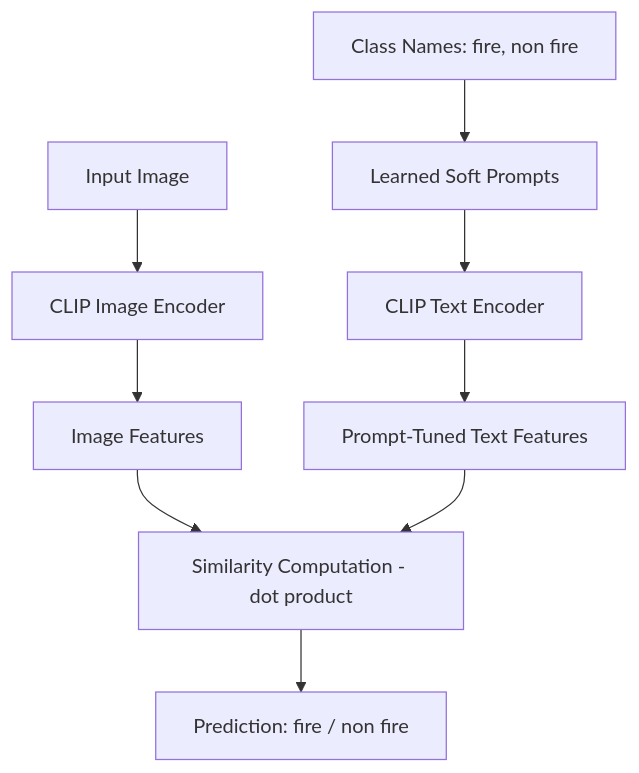
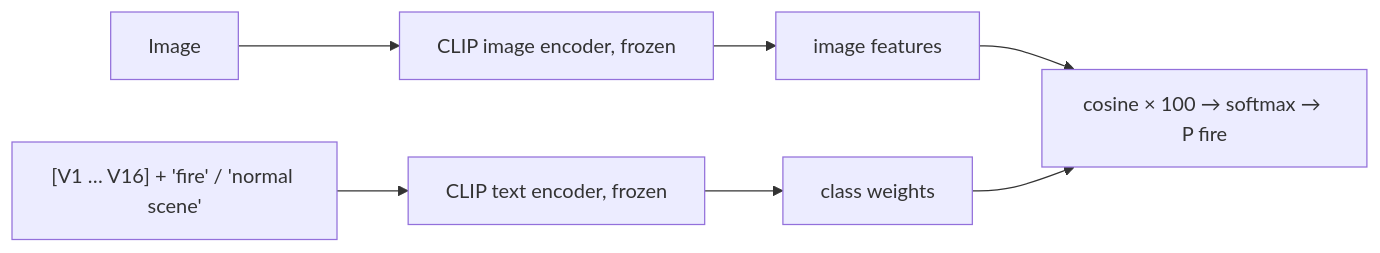
Before and after one commit to KamilChakroun/CLIP-Prompt-Tuning: the diagram in README.md, drawn with Mermaid. The commit also changed other lines of this file and 5 other files, not shown here.

````diff
--- a/README.md
+++ b/README.md
@@ -100,11 +7,7 @@
 ```mermaid
-flowchart TD
-    A[Input Image] --> B[CLIP Image Encoder]
-    C[Class Names: fire, non fire] --> D[Learned Soft Prompts]
-    D --> E[CLIP Text Encoder]
-    B --> F[Image Features]
-    E --> G[Prompt-Tuned Text Features]
-    F --> H[Similarity Computation - dot product]
+flowchart LR
+    A[Image] --> B[CLIP image encoder, frozen] --> F[image features]
+    C["[V1 … V16] + 'fire' / 'normal scene'"] --> E[CLIP text encoder, frozen] --> G[class weights]
+    F --> H[cosine × 100 → softmax → P fire]
     G --> H
-    H --> I[Prediction: fire / non fire]
 ```
````
